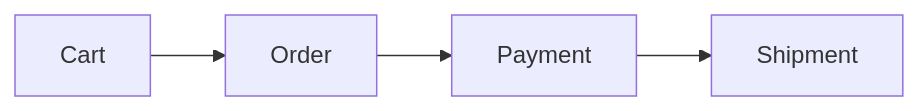
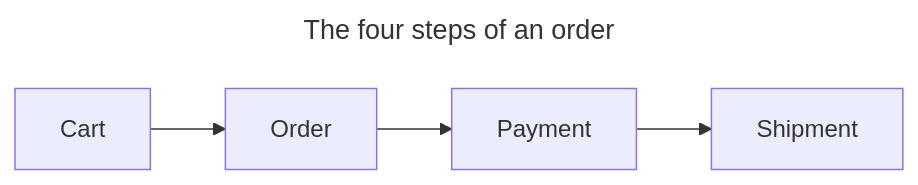
Before and after one commit to cutalion/notes: the first of 6 diagrams in tests/fixture/docs/guide/order-lifecycle.md, drawn with Mermaid. The commit also changed other lines of this file and 6 other files, not shown here.

First line of the commit message:
Let wide tables and diagrams grow into the margins, and title diagrams

````diff
--- a/tests/fixture/docs/guide/order-lifecycle.md
+++ b/tests/fixture/docs/guide/order-lifecycle.md
@@ -14,4 +14,7 @@
 ```mermaid
+---
+title: The four steps of an order
+---
 flowchart LR
   Cart --> Order --> Payment --> Shipment
 ```
````
